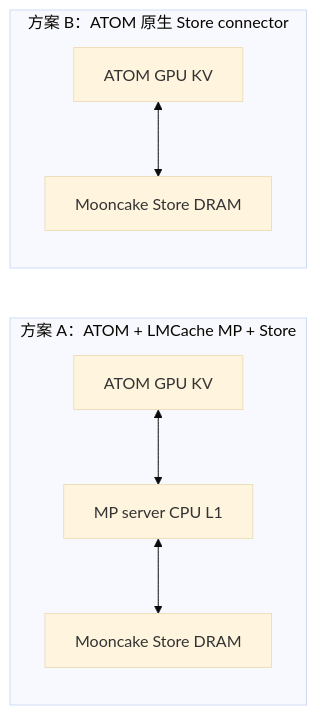
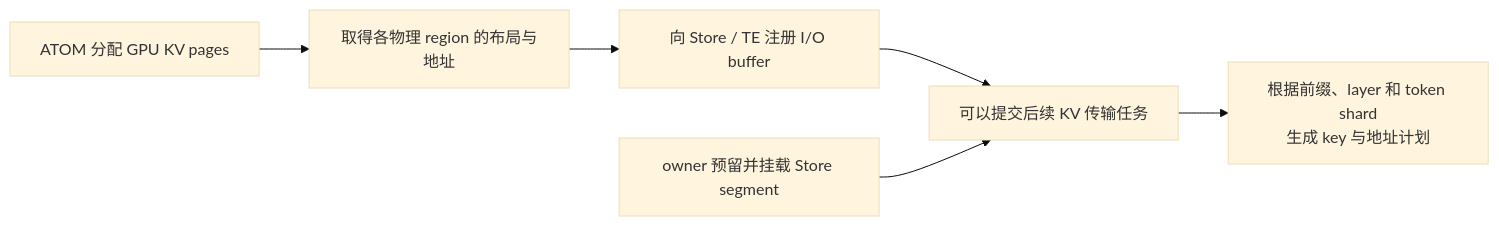
Before and after one commit to Jasen2201/ATOM: diagram 16 of 21 in docs/atom_shared_kv_research_20260922.md, drawn with Mermaid (base theme). The commit also changed other lines of this file, not shown here.

````diff
--- a/docs/atom_shared_kv_research_20260922.md
+++ b/docs/atom_shared_kv_research_20260922.md
@@ -275,10 +463,8 @@
 ```mermaid
 flowchart LR
-    subgraph MP["方案 A：ATOM + LMCache MP + Store"]
-        A["ATOM GPU KV"] <--> B["MP server CPU L1"]
-        B <--> C["Mooncake Store DRAM"]
-    end
-    subgraph Native["方案 B：ATOM 原生 Store connector"]
-        D["ATOM GPU KV"] <--> E["Mooncake Store DRAM"]
-    end
+    KV["ATOM 分配 GPU KV pages"] --> View["取得各物理 region 的布局与地址"]
+    View --> Reg["向 Store / TE 注册 I/O buffer"]
+    Reg --> Ready["可以提交后续 KV 传输任务"]
+    Owner["owner 预留并挂载 Store segment"] --> Ready
+    Ready --> Job["根据前缀、layer 和 token shard<br/>生成 key 与地址计划"]
 ```
````
